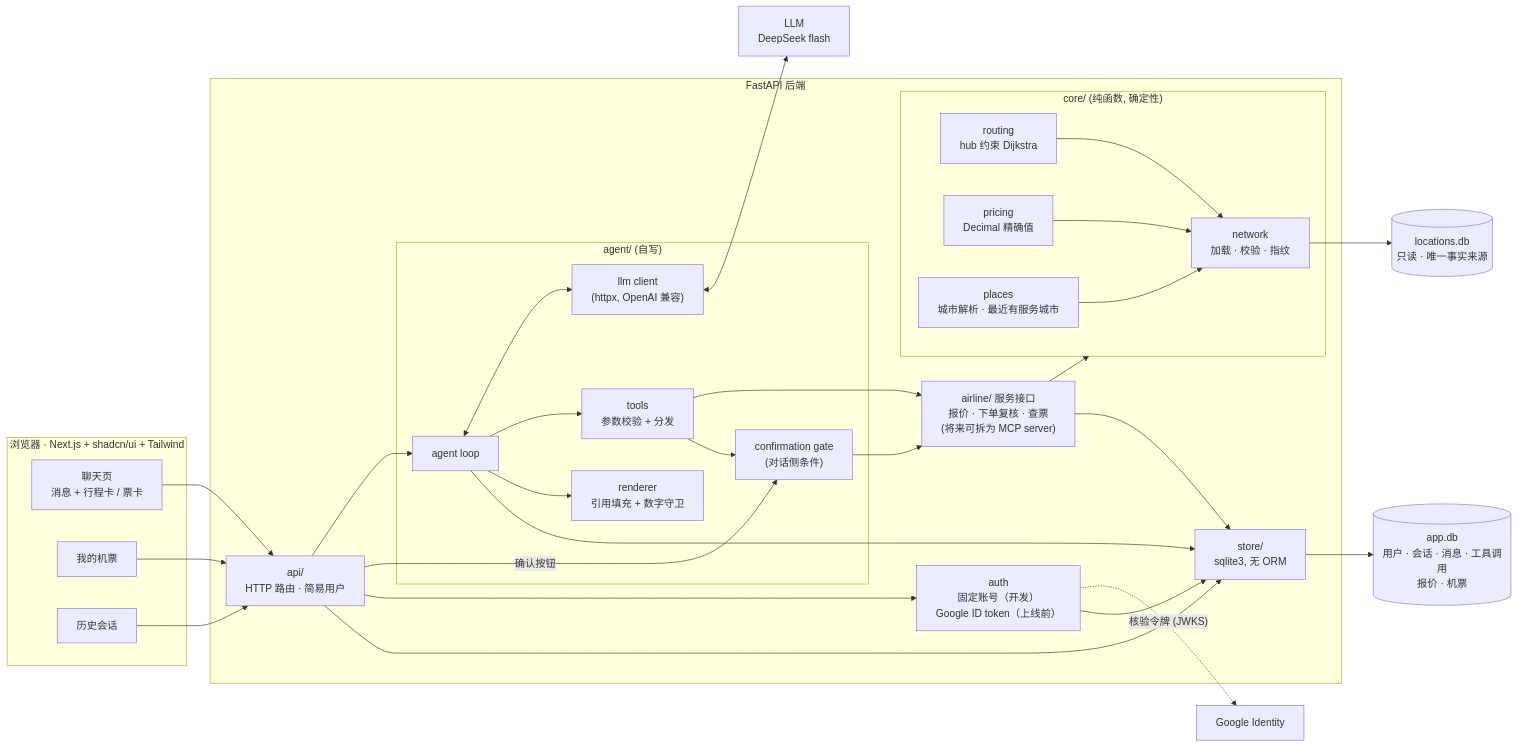
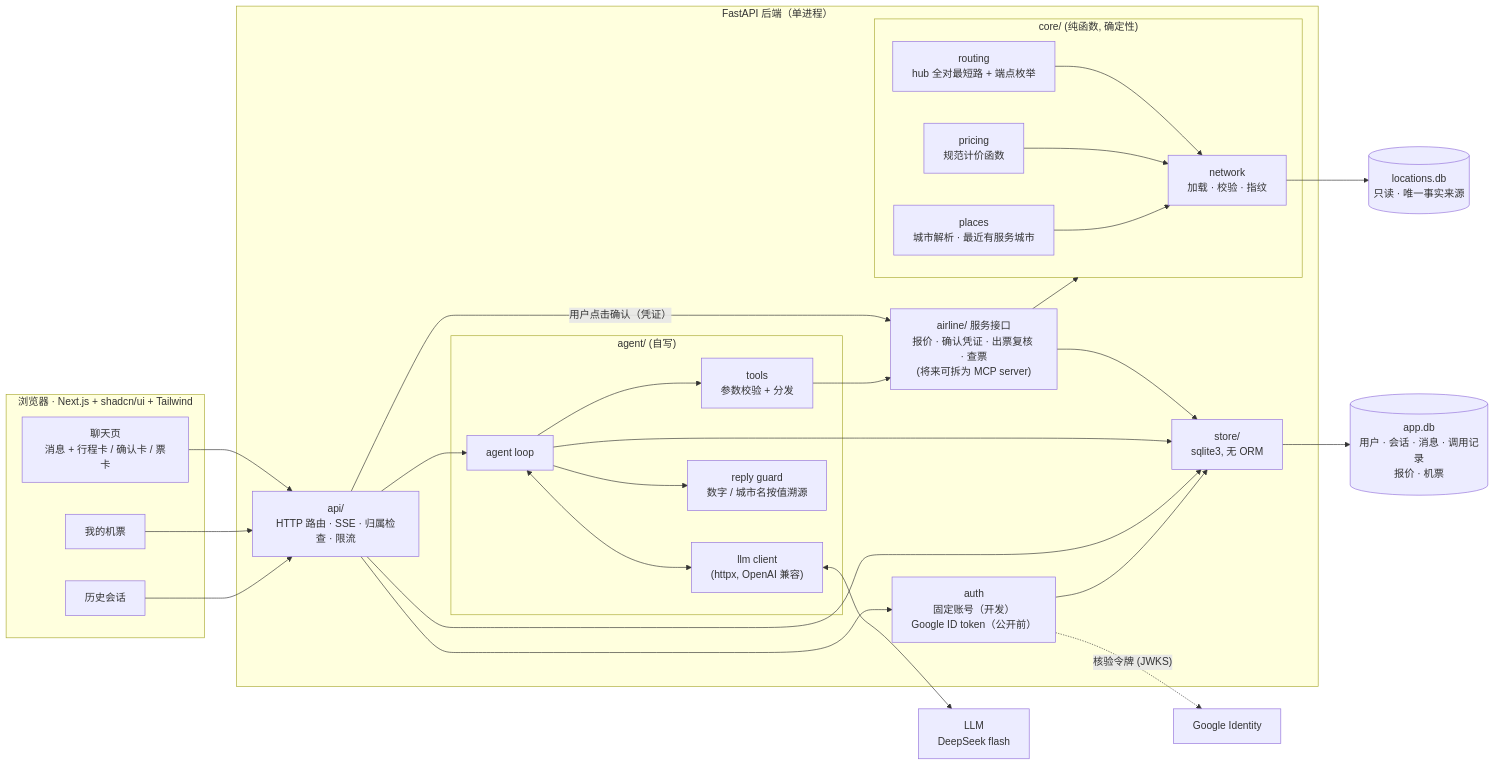
Before and after one commit to chux0519/ocean-above: the first of 7 diagrams in docs/design/design.md, drawn with Mermaid. The commit also changed other lines of this file and 8 other files, not shown here.

````diff
--- a/docs/design/design.md
+++ b/docs/design/design.md
@@ -49,47 +47,45 @@
 ```mermaid
 flowchart LR
   subgraph Browser["浏览器 · Next.js + shadcn/ui + Tailwind"]
-    UI_Chat["聊天页<br/>消息 + 行程卡 / 票卡"]
+    UI_Chat["聊天页<br/>消息 + 行程卡 / 确认卡 / 票卡"]
     UI_Tickets["我的机票"]
     UI_History["历史会话"]
   end
 
-  subgraph Backend["FastAPI 后端"]
-    API["api/<br/>HTTP 路由 · 简易用户"]
+  subgraph Backend["FastAPI 后端（单进程）"]
+    API["api/<br/>HTTP 路由 · SSE · 归属检查 · 限流"]
     subgraph Agent["agent/ (自写)"]
       Loop["agent loop"]
       LLMC["llm client<br/>(httpx, OpenAI 兼容)"]
       Tools["tools<br/>参数校验 + 分发"]
-      Render["renderer<br/>引用填充 + 数字守卫"]
-      Gate["confirmation gate<br/>(对话侧条件)"]
+      Guard["reply guard<br/>数字 / 城市名按值溯源"]
     end
-    Airline["airline/ 服务接口<br/>报价 · 下单复核 · 查票<br/>(将来可拆为 MCP server)"]
-    Auth["auth<br/>固定账号（开发）<br/>Google ID token（上线前）"]
+    Airline["airline/ 服务接口<br/>报价 · 确认凭证 · 出票复核 · 查票<br/>(将来可拆为 MCP server)"]
+    Auth["auth<br/>固定账号（开发）<br/>Google ID token（公开前）"]
     subgraph Core["core/ (纯函数, 确定性)"]
       Net["network<br/>加载 · 校验 · 指纹"]
-      Route["routing<br/>hub 约束 Dijkstra"]
-      Price["pricing<br/>Decimal 精确值"]
+      Route["routing<br/>hub 全对最短路 + 端点枚举"]
+      Price["pricing<br/>规范计价函数"]
       Places["places<br/>城市解析 · 最近有服务城市"]
     end
     Store["store/<br/>sqlite3, 无 ORM"]
   end
 
   LDB[("locations.db<br/>只读 · 唯一事实来源")]
-  ADB[("app.db<br/>用户 · 会话 · 消息 · 工具调用<br/>报价 · 机票")]
+  ADB[("app.db<br/>用户 · 会话 · 消息 · 调用记录<br/>报价 · 机票")]
   LLM["LLM<br/>DeepSeek flash"]
 
   UI_Chat & UI_Tickets & UI_History --> API
   API --> Loop
-  API -->|"确认按钮"| Gate
+  API -->|"用户点击确认（凭证）"| Airline
   Loop <--> LLMC <--> LLM
   Loop --> Tools --> Airline --> Core
-  Tools --> Gate --> Airline
+  Loop --> Guard
   API --> Auth
   Auth -.->|"核验令牌 (JWKS)"| Google["Google Identity"]
-  Loop --> Render
   Net --> LDB
   Route --> Net
   Price --> Net
   Places --> Net
   Airline & Loop & API & Auth --> Store --> ADB
 ```
````
